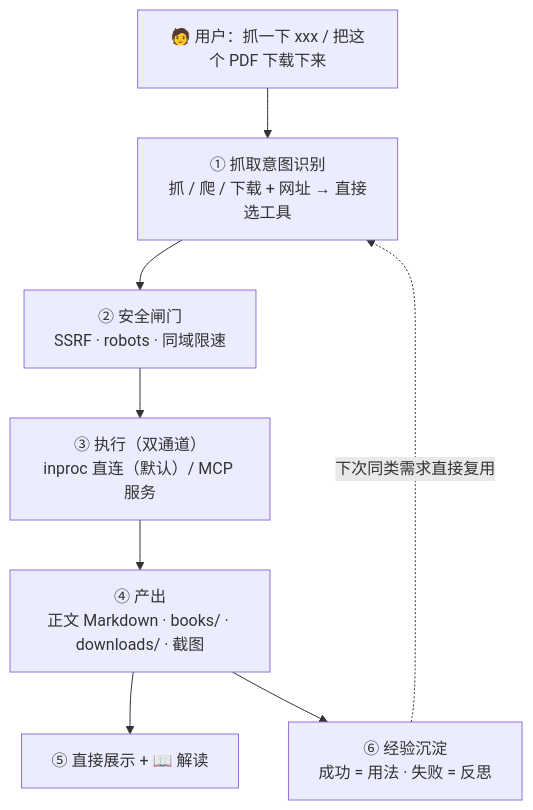
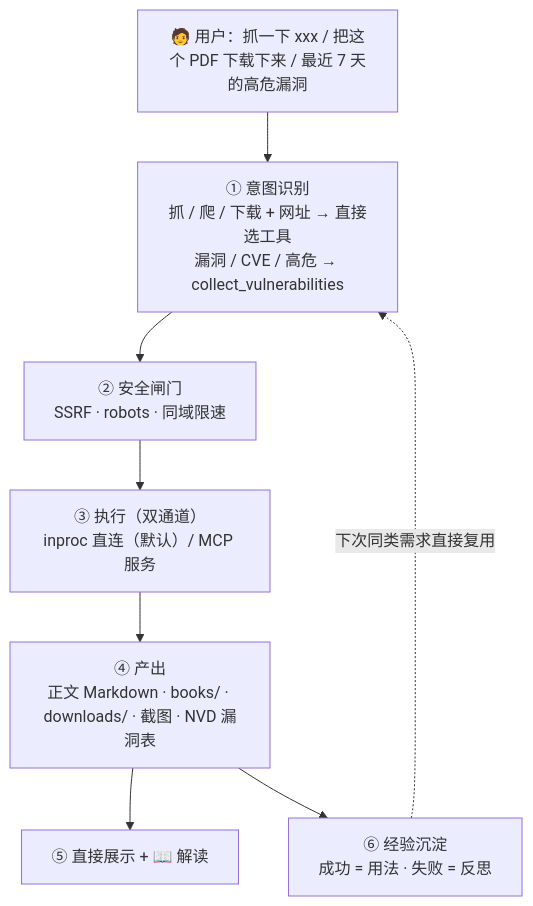
One commit to jiangchuangege/xiaojiao-harness changed the first of 5 diagrams in docs/scrapling.md. Above: the diagram before and after it, drawn with Mermaid. The commit also changed other lines of this file and 17 other files, not shown here.

````diff
--- a/docs/scrapling.md
+++ b/docs/scrapling.md
@@ -140,10 +171,10 @@
 ```mermaid
 flowchart TB
-    Q["🧑 用户：抓一下 xxx / 把这个 PDF 下载下来"] --> DI["① 抓取意图识别<br/>抓 / 爬 / 下载 + 网址 → 直接选工具"]
+    Q["🧑 用户：抓一下 xxx / 把这个 PDF 下载下来 / 最近 7 天的高危漏洞"] --> DI["① 意图识别<br/>抓 / 爬 / 下载 + 网址 → 直接选工具<br/>漏洞 / CVE / 高危 → collect_vulnerabilities"]
     DI --> SEC["② 安全闸门<br/>SSRF · robots · 同域限速"]
     SEC --> AR["③ 执行（双通道）<br/>inproc 直连（默认）/ MCP 服务"]
-    AR --> OUT["④ 产出<br/>正文 Markdown · books/ · downloads/ · 截图"]
+    AR --> OUT["④ 产出<br/>正文 Markdown · books/ · downloads/ · 截图 · NVD 漏洞表"]
     OUT --> EX["⑤ 直接展示 + 📖 解读"]
     OUT --> LE["⑥ 经验沉淀<br/>成功 = 用法 · 失败 = 反思"]
     LE -. "下次同类需求直接复用" .-> DI
 ```
````
